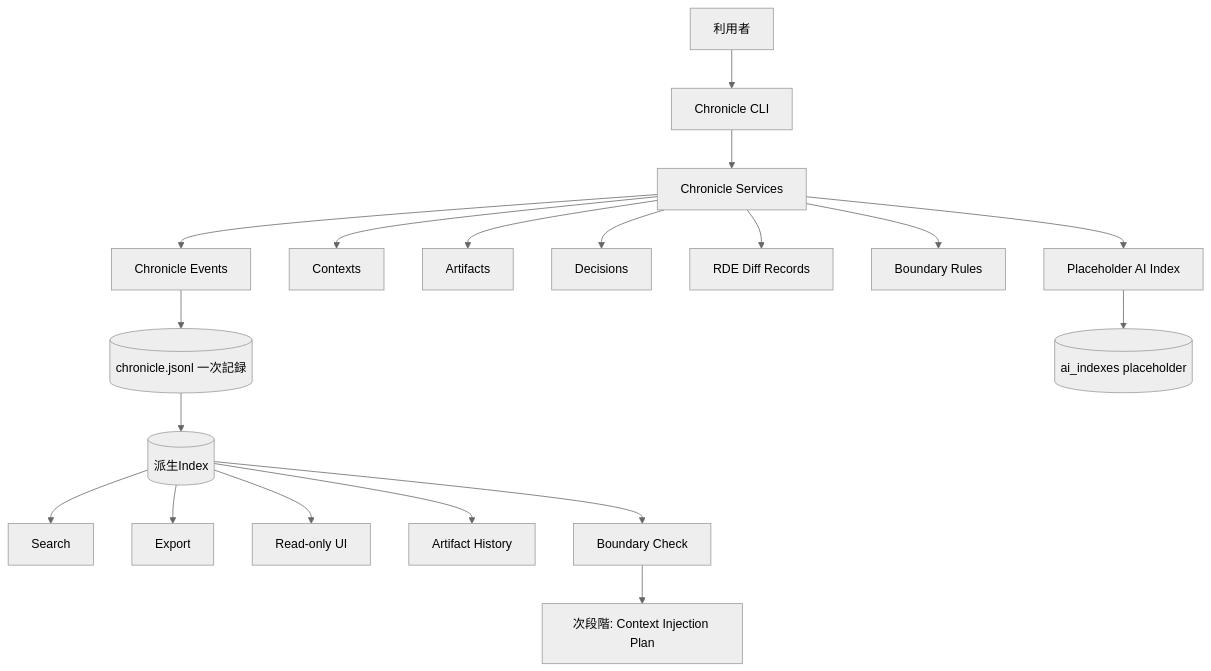
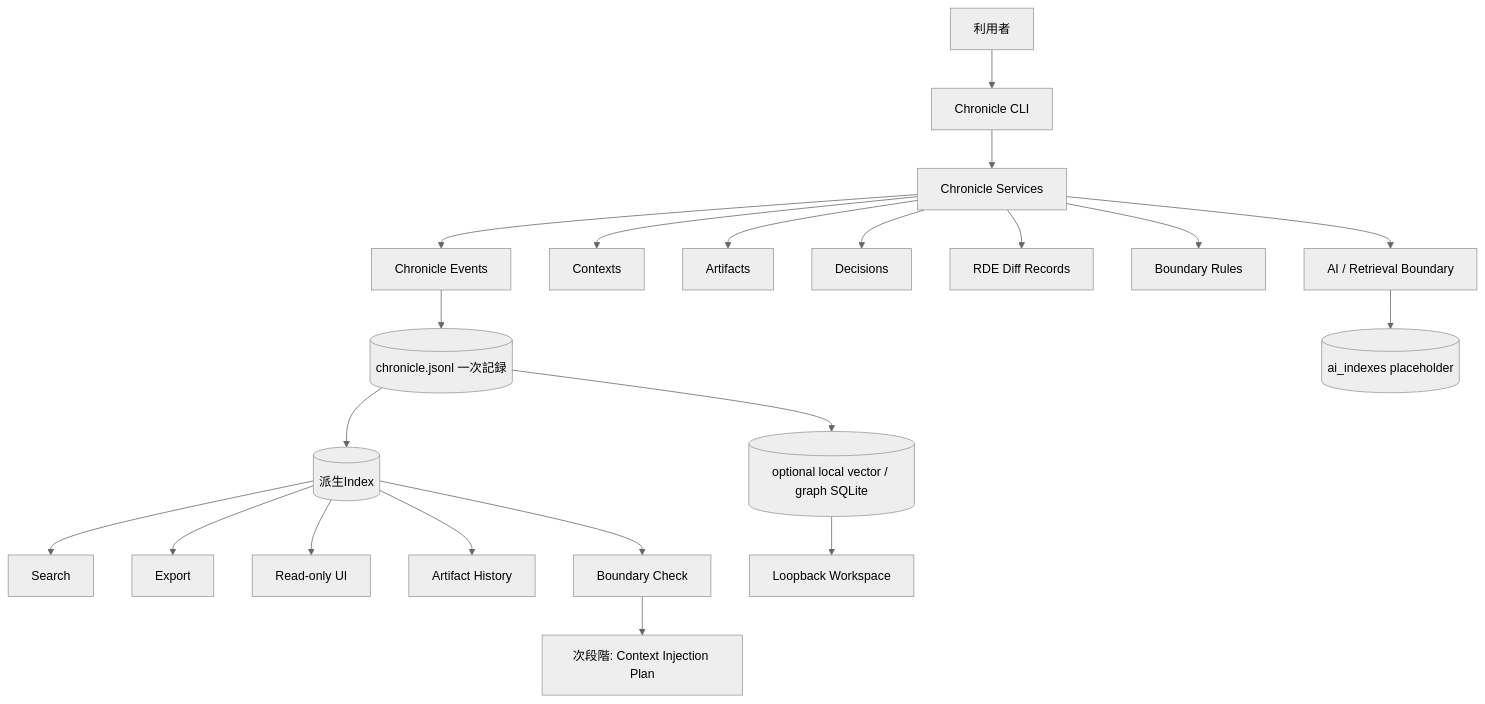
One commit to zyx-corporation/chronicle-stack changed the first of 3 diagrams in docs/architecture.md. Above: the diagram before and after it, drawn with Mermaid (neutral theme). The commit also changed other lines of this file and 28 other files, not shown here.

Commit message:
feat: add guarded local GraphRAG workspace

````diff
--- a/docs/architecture.md
+++ b/docs/architecture.md
@@ -21,21 +21,23 @@
 ```mermaid
 flowchart TD
     U[利用者] --> CLI[Chronicle CLI]
     CLI --> S[Chronicle Services]
     S --> E[Chronicle Events]
     S --> C[Contexts]
     S --> A[Artifacts]
     S --> D[Decisions]
     S --> R[RDE Diff Records]
     S --> B[Boundary Rules]
-    S --> AI[Placeholder AI Index]
+    S --> AI[AI / Retrieval Boundary]
     E --> J[(chronicle.jsonl 一次記録)]
     J --> IDX[(派生Index)]
     IDX --> Search[Search]
     IDX --> Export[Export]
     IDX --> UI[Read-only UI]
     IDX --> History[Artifact History]
     IDX --> Check[Boundary Check]
     AI --> AIDX[(ai_indexes placeholder)]
+    J --> GR[(optional local vector / graph SQLite)]
+    GR --> W[Loopback Workspace]
     Check --> Plan[次段階: Context Injection Plan]
 ```
````
